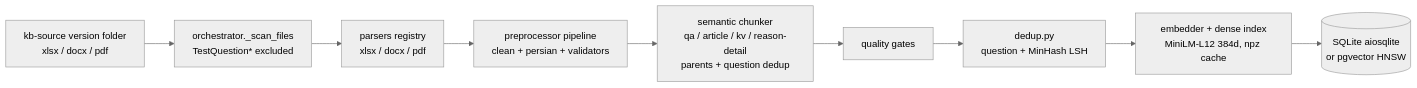
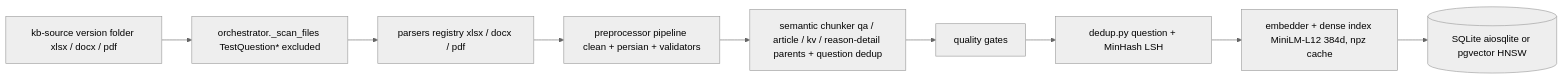
Before and after one commit to AliNikkhah2001/Work_RAG-KB: the first of 12 diagrams in kb-manager/README.md, drawn with Mermaid (neutral theme). The commit also changed other lines of this file, not shown here.

Commit message:
docs(kb-manager): remove <br/> tags from mermaid diagrams for compilation

````diff
--- a/kb-manager/README.md
+++ b/kb-manager/README.md
@@ -42,11 +42,11 @@
 ```mermaid
 graph LR
-    SRC[kb-source version folder<br/>xlsx / docx / pdf] --> SCAN[orchestrator._scan_files<br/>TestQuestion* excluded]
-    SCAN --> PARSE[parsers registry<br/>xlsx / docx / pdf]
-    PARSE --> PRE[preprocessor pipeline<br/>clean + persian + validators]
-    PRE --> CHUNK[semantic chunker<br/>qa / article / kv / reason-detail<br/>parents + question dedup]
+    SRC[kb-source version folder xlsx / docx / pdf] --> SCAN[orchestrator._scan_files TestQuestion* excluded]
+    SCAN --> PARSE[parsers registry xlsx / docx / pdf]
+    PARSE --> PRE[preprocessor pipeline clean + persian + validators]
+    PRE --> CHUNK[semantic chunker qa / article / kv / reason-detail parents + question dedup]
     CHUNK --> QUAL[quality gates]
-    QUAL --> DEDUP[dedup.py<br/>question + MinHash LSH]
-    DEDUP --> EMB[embedder + dense index<br/>MiniLM-L12 384d, npz cache]
-    EMB --> DB[(SQLite aiosqlite<br/>or pgvector HNSW)]
+    QUAL --> DEDUP[dedup.py question + MinHash LSH]
+    DEDUP --> EMB[embedder + dense index MiniLM-L12 384d, npz cache]
+    EMB --> DB[(SQLite aiosqlite or pgvector HNSW)]
 ```
````
